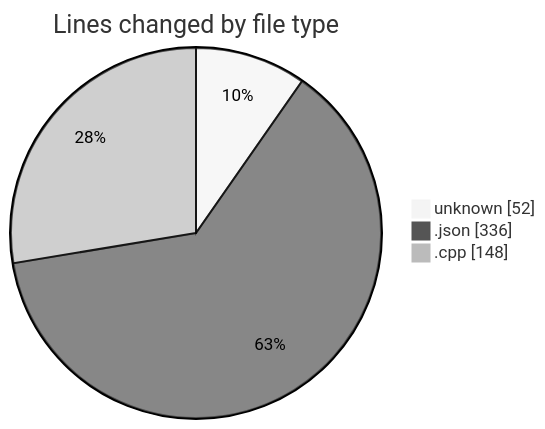
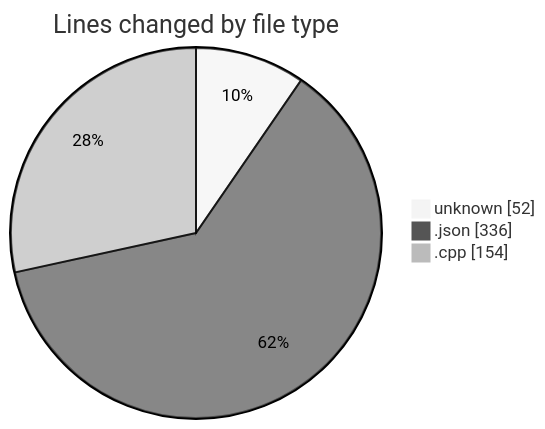
Before and after one commit to Netris89/code-tracking: the first of 2 diagrams in 2025-03-26/echo/README.md, drawn with Mermaid (neutral theme). The commit also changed other lines of this file and 1 other file, not shown here.

````diff
--- a/2025-03-26/echo/README.md
+++ b/2025-03-26/echo/README.md
@@ -24,7 +24,7 @@
 ```mermaid
 pie showData
 title Lines changed by file type
 "unknown" : 52
 ".json" : 336
-".cpp" : 148
+".cpp" : 154
 ```
````
